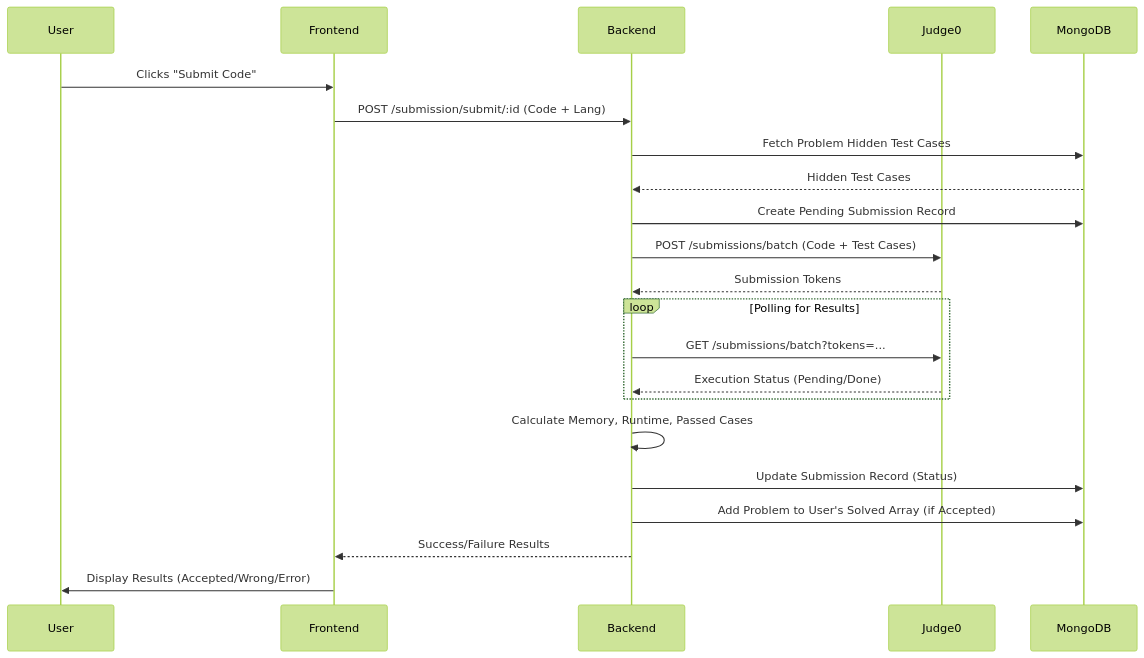
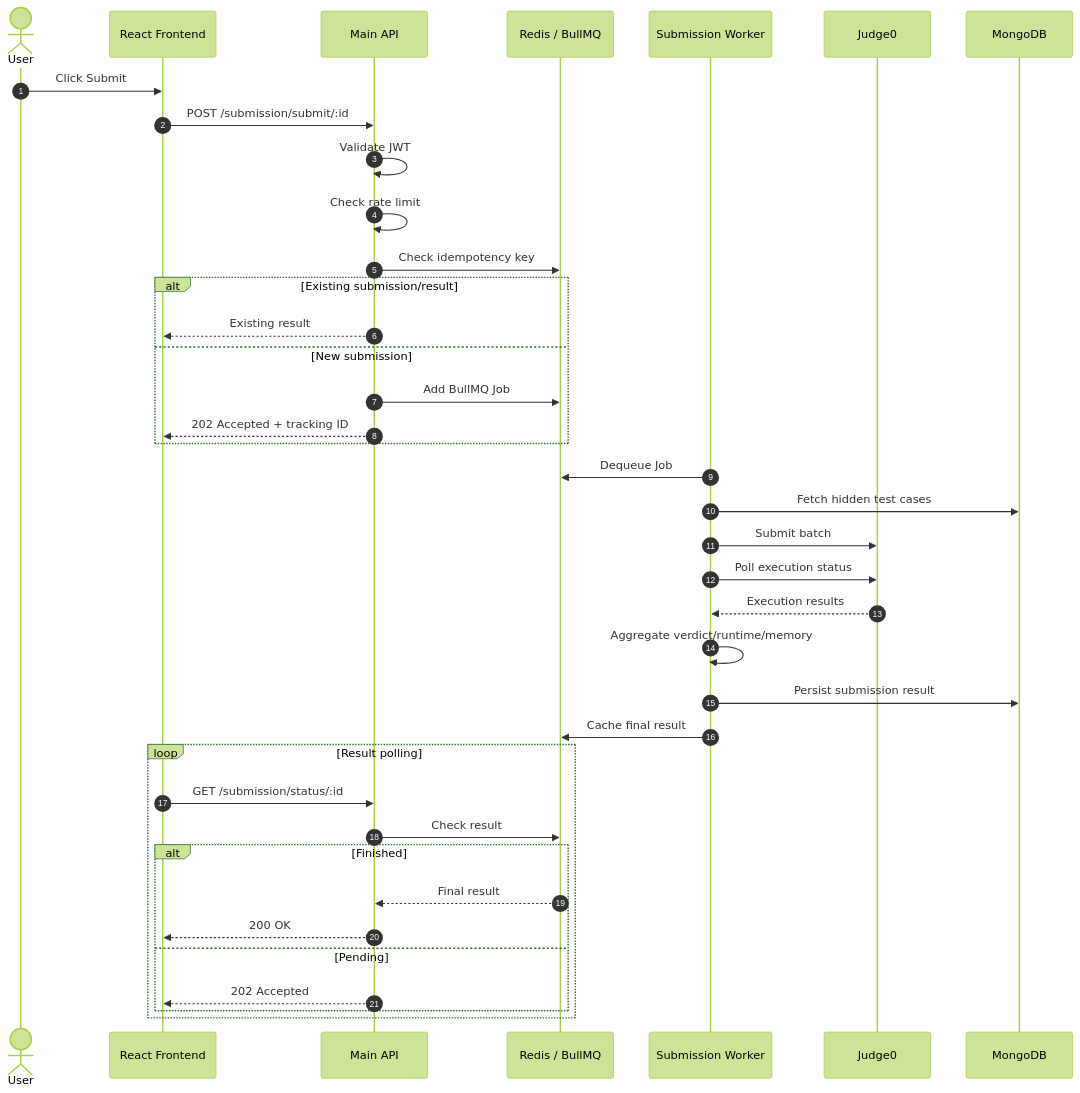
Before and after one commit to RIshabh231singh-shr/LogicLab: the first of 2 diagrams in README.md, drawn with Mermaid (forest theme). The commit also changed other lines of this file and 1 other file, not shown here.

````diff
--- a/README.md
+++ b/README.md
@@ -99,27 +344,49 @@
 ```mermaid
 sequenceDiagram
-    participant User
-    participant Frontend
-    participant Backend
-    participant Judge0
-    participant MongoDB
-    
-    User->>Frontend: Clicks "Submit Code"
-    Frontend->>Backend: POST /submission/submit/:id (Code + Lang)
-    Backend->>MongoDB: Fetch Problem Hidden Test Cases
-    MongoDB-->>Backend: Hidden Test Cases
-    Backend->>MongoDB: Create Pending Submission Record
-    Backend->>Judge0: POST /submissions/batch (Code + Test Cases)
-    Judge0-->>Backend: Submission Tokens
-    
-    loop Polling for Results
-        Backend->>Judge0: GET /submissions/batch?tokens=...
-        Judge0-->>Backend: Execution Status (Pending/Done)
+    autonumber
+
+    actor User
+    participant React as React Frontend
+    participant API as Main API
+    participant Redis as Redis / BullMQ
+    participant Worker as Submission Worker
+    participant Judge0 as Judge0
+    participant DB as MongoDB
+
+    User->>React: Click Submit
+    React->>API: POST /submission/submit/:id
+
+    API->>API: Validate JWT
+    API->>API: Check rate limit
+    API->>Redis: Check idempotency key
+
+    alt Existing submission/result
+        API-->>React: Existing result
+    else New submission
+        API->>Redis: Add BullMQ Job
+        API-->>React: 202 Accepted + tracking ID
     end
-    
-    Backend->>Backend: Calculate Memory, Runtime, Passed Cases
-    Backend->>MongoDB: Update Submission Record (Status)
-    Backend->>MongoDB: Add Problem to User's Solved Array (if Accepted)
-    Backend-->>Frontend: Success/Failure Results
-    Frontend->>User: Display Results (Accepted/Wrong/Error)
+
+    Worker->>Redis: Dequeue Job
+    Worker->>DB: Fetch hidden test cases
+    Worker->>Judge0: Submit batch
+    Worker->>Judge0: Poll execution status
+
+    Judge0-->>Worker: Execution results
+
+    Worker->>Worker: Aggregate verdict/runtime/memory
+    Worker->>DB: Persist submission result
+    Worker->>Redis: Cache final result
+
+    loop Result polling
+        React->>API: GET /submission/status/:id
+        API->>Redis: Check result
+
+        alt Finished
+            Redis-->>API: Final result
+            API-->>React: 200 OK
+        else Pending
+            API-->>React: 202 Accepted
+        end
+    end
 ```
````
